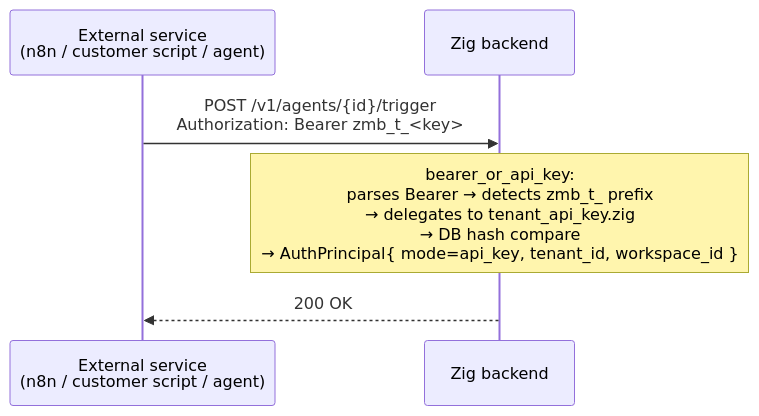
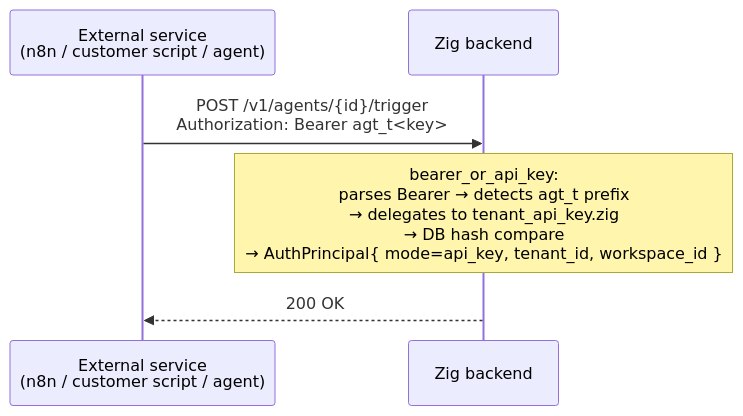
One commit to agentsfleet/agentsfleet changed the fifth of 9 diagrams in docs/AUTH.md. Above: the diagram before and after it, drawn with Mermaid. The commit also changed other lines of this file and 97 other files, not shown here.

````diff
--- a/docs/AUTH.md
+++ b/docs/AUTH.md
@@ -251,9 +251,9 @@
 ```mermaid
 sequenceDiagram
     participant Service as External service<br/>(n8n / customer script / agent)
     participant API as Zig backend
 
-    Service->>API: POST /v1/agents/{id}/trigger<br/>Authorization: Bearer zmb_t_<key>
-    Note over API: bearer_or_api_key:<br/>parses Bearer → detects zmb_t_ prefix<br/>→ delegates to tenant_api_key.zig<br/>→ DB hash compare<br/>→ AuthPrincipal{ mode=api_key, tenant_id, workspace_id }
+    Service->>API: POST /v1/agents/{id}/trigger<br/>Authorization: Bearer agt_t<key>
+    Note over API: bearer_or_api_key:<br/>parses Bearer → detects agt_t prefix<br/>→ delegates to tenant_api_key.zig<br/>→ DB hash compare<br/>→ AuthPrincipal{ mode=api_key, tenant_id, workspace_id }
     API-->>Service: 200 OK
 ```
````
